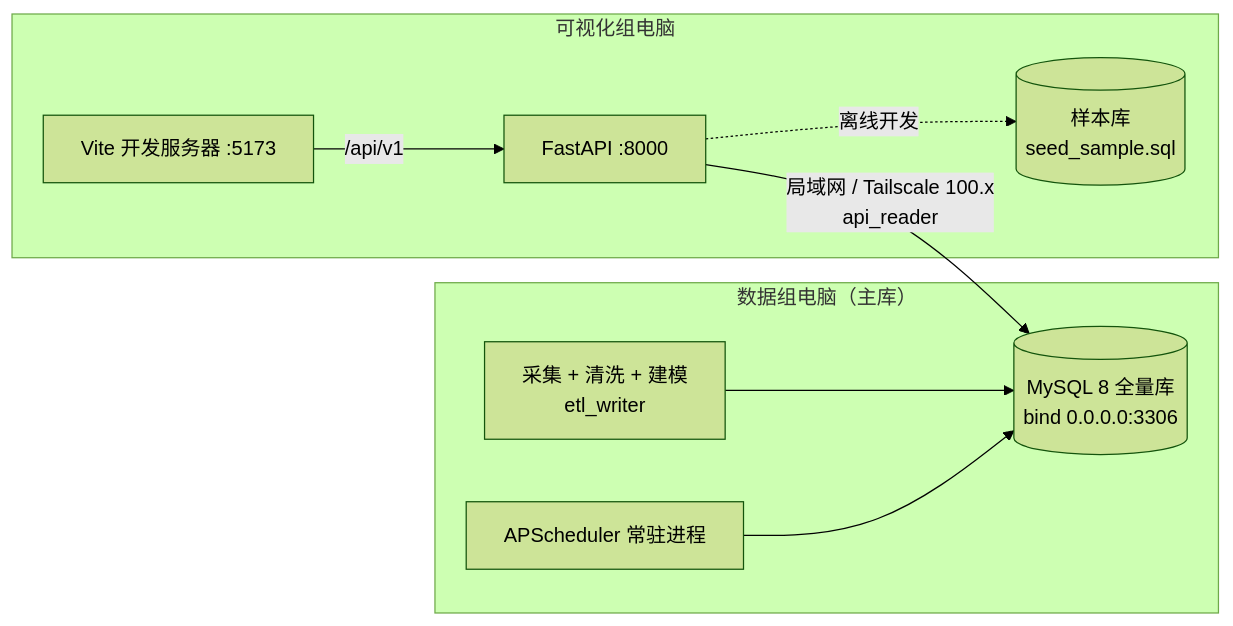
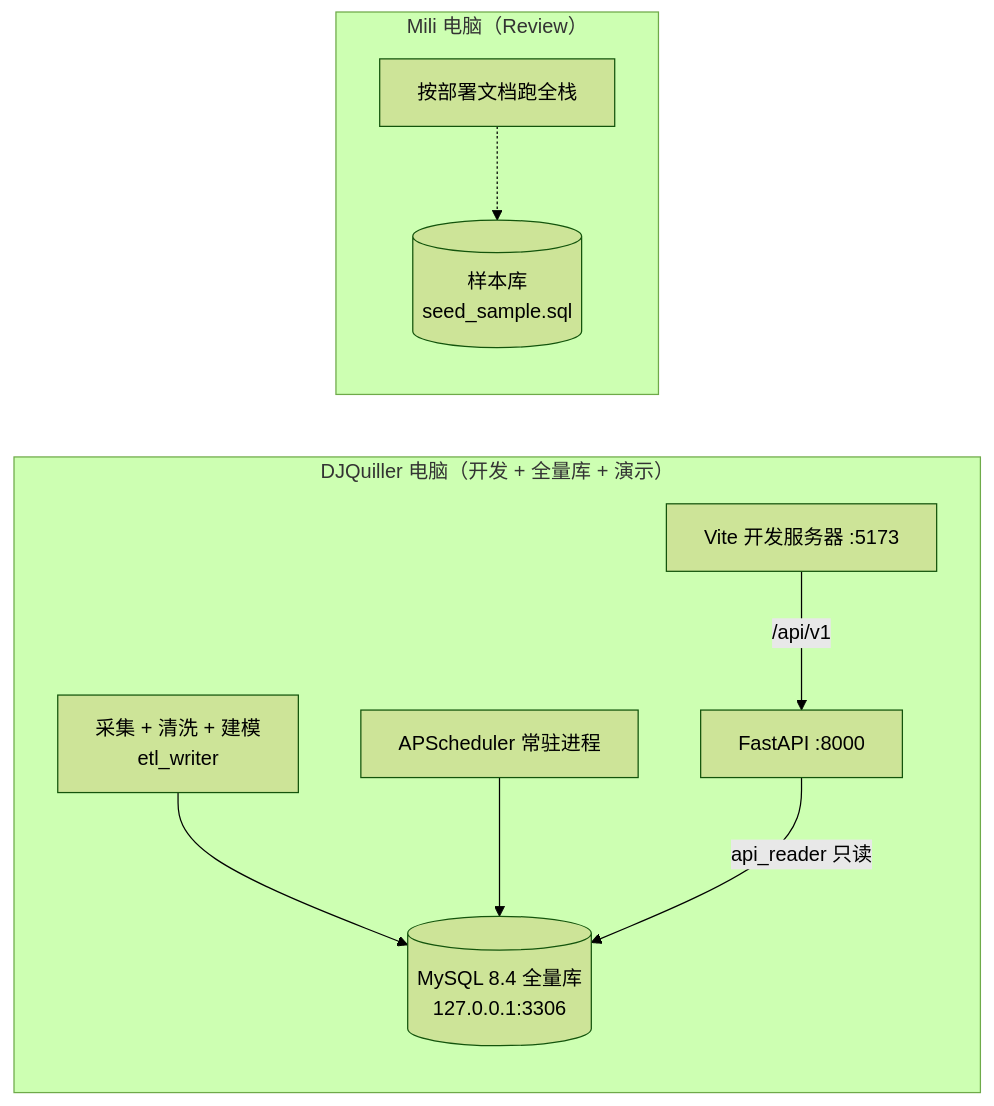
Before and after one commit to djquiller/Steam-Analysis: the second of 3 diagrams in docs/m2-design.md, drawn with Mermaid (forest theme). The commit also changed other lines of this file, not shown here.

Commit message:
docs: M2 文档改为成员 A 开发、成员 B Review，部署改为单机

````diff
--- a/docs/m2-design.md
+++ b/docs/m2-design.md
@@ -102,18 +102,19 @@
 ```mermaid
 flowchart LR
-    subgraph PC_B["数据组电脑（主库）"]
-        MYSQL[(MySQL 8 全量库<br/>bind 0.0.0.0:3306)]
+    subgraph PC_A["DJQuiller 电脑（开发 + 全量库 + 演示）"]
+        MYSQL[(MySQL 8.4 全量库<br/>127.0.0.1:3306)]
         ETL[采集 + 清洗 + 建模<br/>etl_writer]
         CRON[APScheduler 常驻进程]
-    end
-    subgraph PC_A["可视化组电脑"]
-        SAMPLE[(样本库<br/>seed_sample.sql)]
         BE[FastAPI :8000]
         FE[Vite 开发服务器 :5173]
     end
+    subgraph PC_B["Mili 电脑（Review）"]
+        SAMPLE[(样本库<br/>seed_sample.sql)]
+        RUN[按部署文档跑全栈]
+    end
     ETL --> MYSQL
     CRON --> MYSQL
-    BE -- "局域网 / Tailscale 100.x<br/>api_reader" --> MYSQL
-    BE -. 离线开发 .-> SAMPLE
+    BE -- "api_reader 只读" --> MYSQL
     FE -->|/api/v1| BE
+    RUN -.-> SAMPLE
 ```
````
